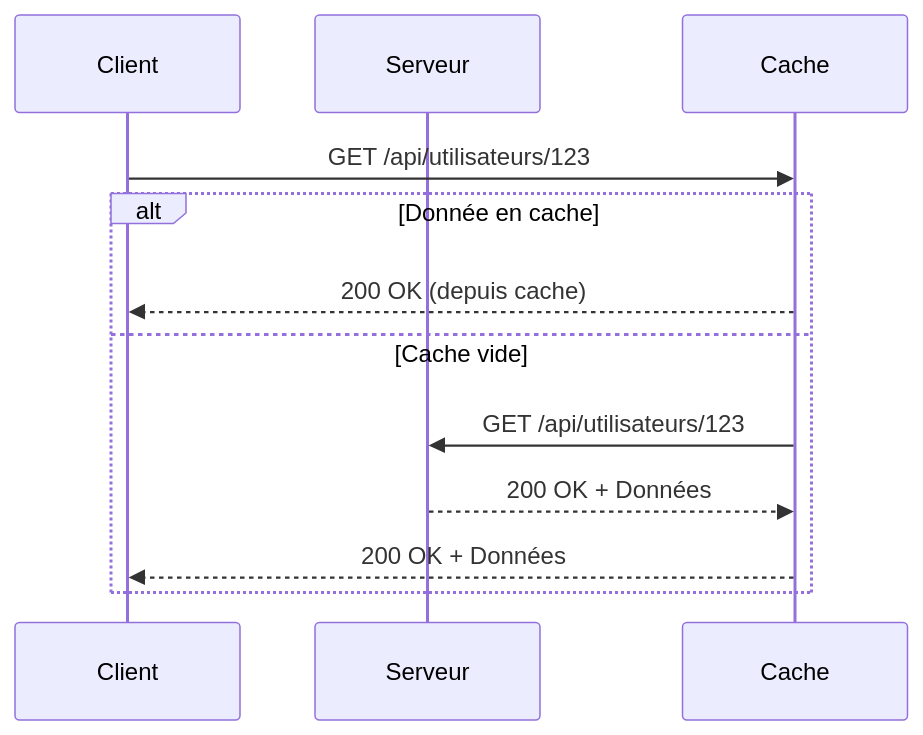
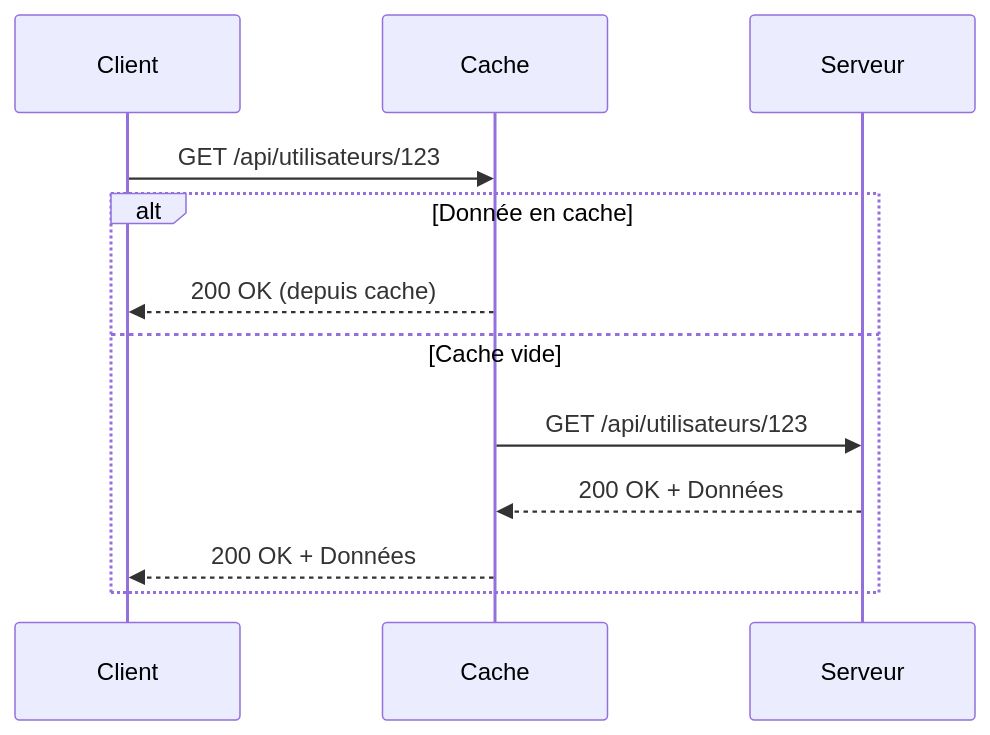
One commit to zyrass/omnydocs changed the diagram in docs/bases/reseaux/http-methodes.md. Above: the diagram before and after it, drawn with Mermaid. The commit also changed other lines of this file and 723 other files, not shown here.

````diff
--- a/docs/bases/reseaux/http-methodes.md
+++ b/docs/bases/reseaux/http-methodes.md
@@ -65,15 +74,15 @@
 ```mermaid
 sequenceDiagram
     participant Client
+    participant Cache
     participant Serveur
-    participant Cache
-    
+
     Client->>Cache: GET /api/utilisateurs/123
     alt Donnée en cache
         Cache-->>Client: 200 OK (depuis cache)
     else Cache vide
         Cache->>Serveur: GET /api/utilisateurs/123
         Serveur-->>Cache: 200 OK + Données
         Cache-->>Client: 200 OK + Données
     end
 ```
````
